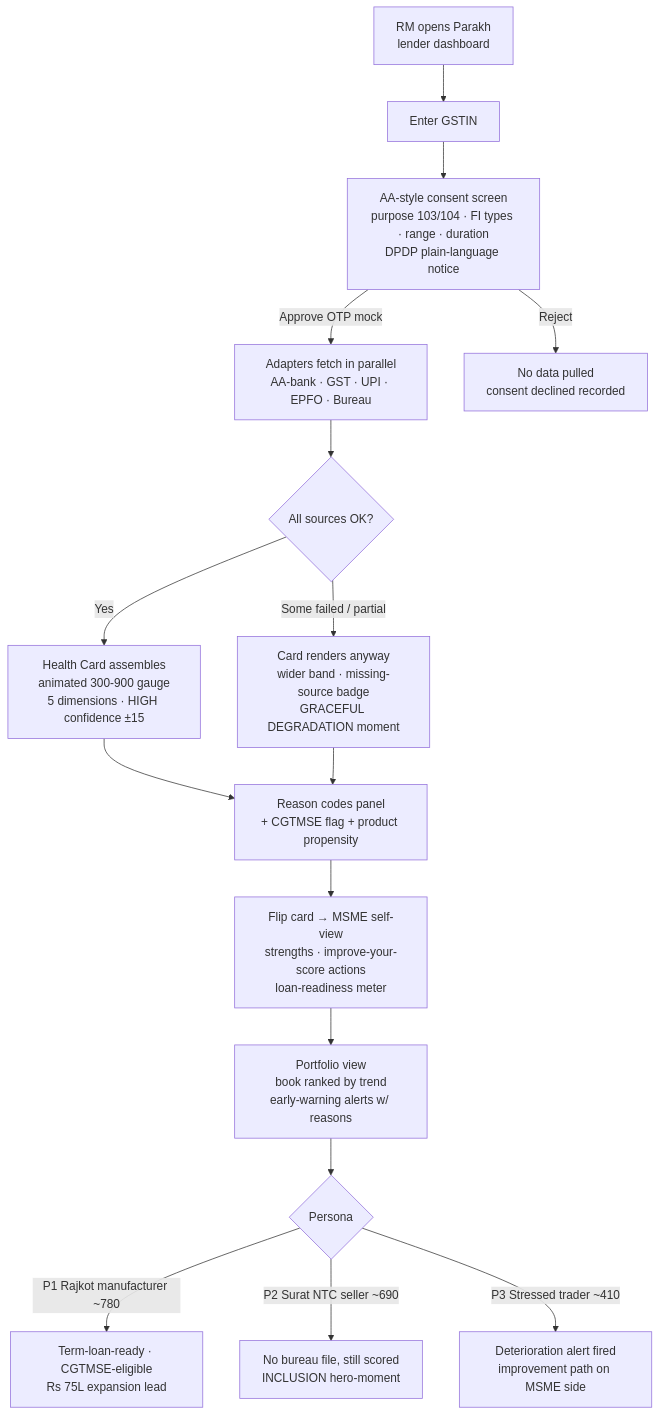
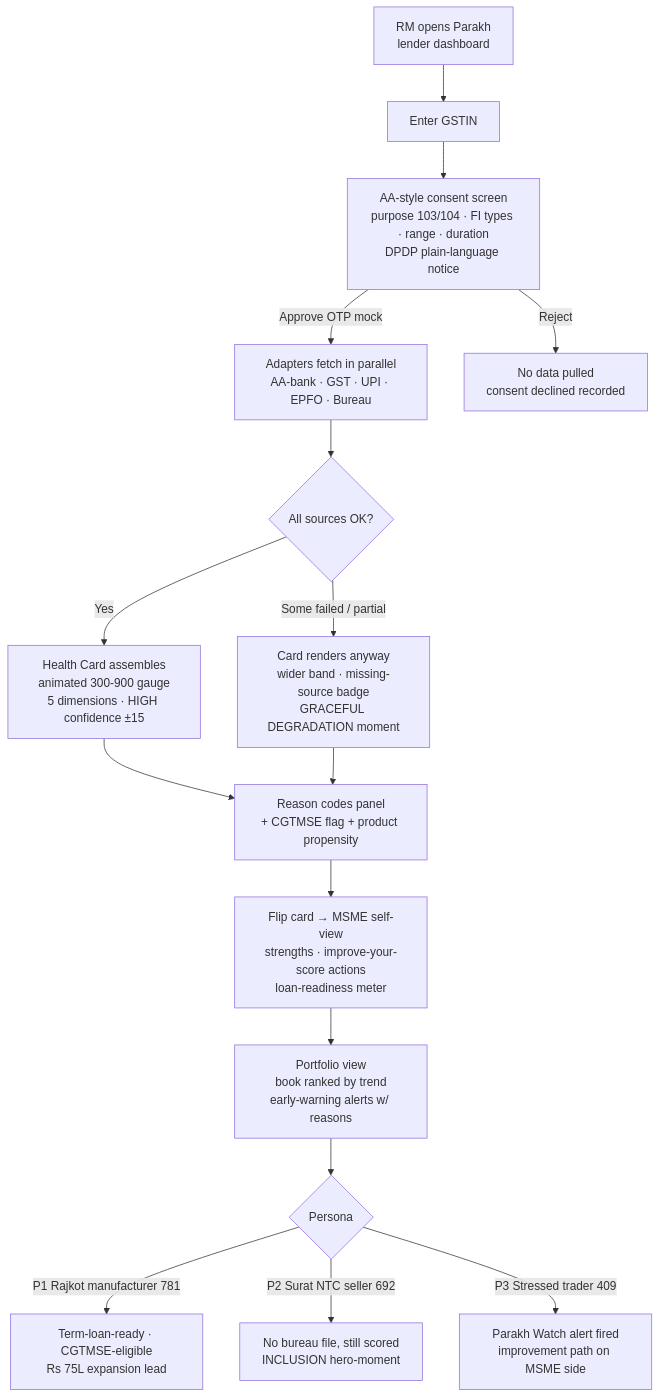
One commit to jitenrajput/mcs-parakh changed the first of 4 diagrams in docs/03-flowcharts.md. Above: the diagram before and after it, drawn with Mermaid. The commit also changed 3 other files, not shown here.

````diff
--- a/docs/03-flowcharts.md
+++ b/docs/03-flowcharts.md
@@ -7,18 +7,18 @@
 ```mermaid
 flowchart TD
     A[RM opens Parakh<br/>lender dashboard] --> B[Enter GSTIN]
     B --> C[AA-style consent screen<br/>purpose 103/104 · FI types · range · duration<br/>DPDP plain-language notice]
     C -->|Approve OTP mock| D[Adapters fetch in parallel<br/>AA-bank · GST · UPI · EPFO · Bureau]
     C -->|Reject| C2[No data pulled<br/>consent declined recorded]
     D --> E{All sources OK?}
     E -->|Yes| F[Health Card assembles<br/>animated 300-900 gauge<br/>5 dimensions · HIGH confidence ±15]
     E -->|Some failed / partial| G[Card renders anyway<br/>wider band · missing-source badge<br/>GRACEFUL DEGRADATION moment]
     F --> H[Reason codes panel<br/>+ CGTMSE flag + product propensity]
     G --> H
     H --> I[Flip card → MSME self-view<br/>strengths · improve-your-score actions<br/>loan-readiness meter]
     I --> J[Portfolio view<br/>book ranked by trend<br/>early-warning alerts w/ reasons]
     J --> K{Persona}
-    K -->|P1 Rajkot manufacturer ~780| L[Term-loan-ready · CGTMSE-eligible<br/>Rs 75L expansion lead]
-    K -->|P2 Surat NTC seller ~690| M[No bureau file, still scored<br/>INCLUSION hero-moment]
-    K -->|P3 Stressed trader ~410| N[Deterioration alert fired<br/>improvement path on MSME side]
+    K -->|P1 Rajkot manufacturer 781| L[Term-loan-ready · CGTMSE-eligible<br/>Rs 75L expansion lead]
+    K -->|P2 Surat NTC seller 692| M[No bureau file, still scored<br/>INCLUSION hero-moment]
+    K -->|P3 Stressed trader 409| N[Parakh Watch alert fired<br/>improvement path on MSME side]
 ```
````
